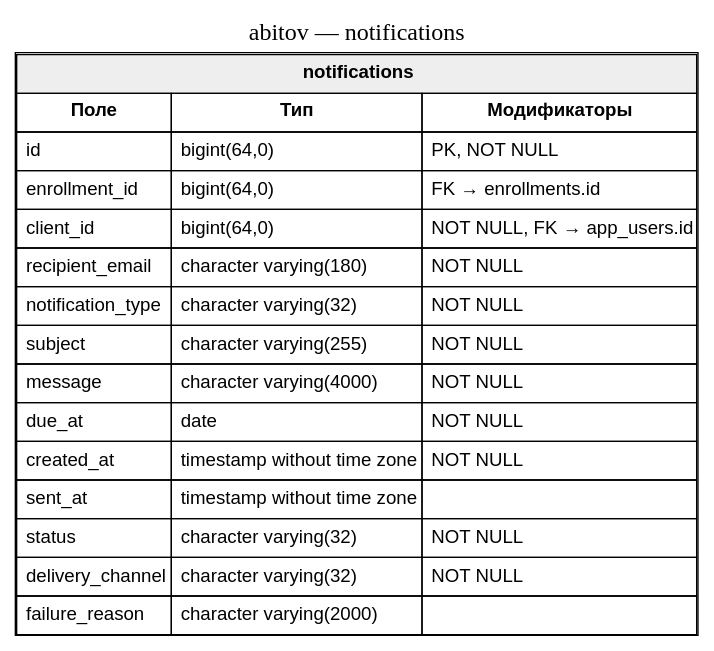
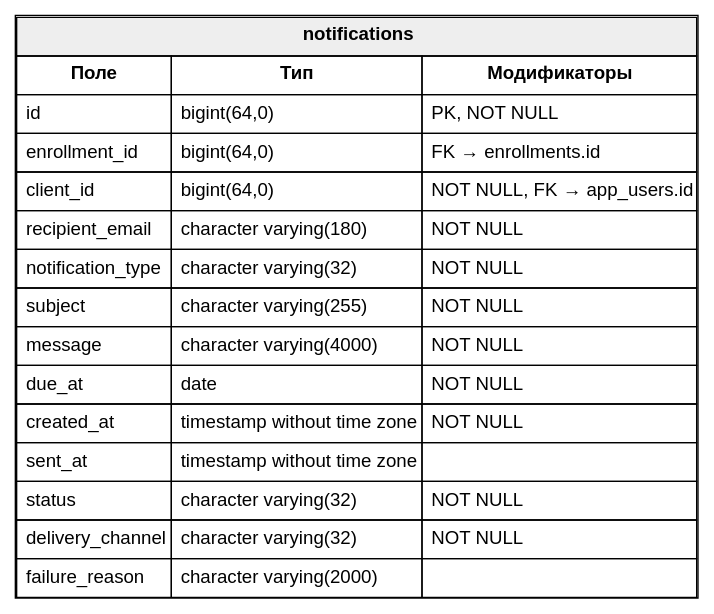
Before and after one commit to diplomas-2026/abitov: the diagram in database-screenshots/dot/tables/notifications.dot, drawn with Graphviz. The commit also changed 23 other files, not shown here.

Commit message:
Add database schema screenshots

```diff
--- a/database-screenshots/dot/tables/notifications.dot
+++ b/database-screenshots/dot/tables/notifications.dot
@@ -1,7 +1,5 @@
 digraph single_table {
   graph [rankdir=TB, fontsize=18];
   node [shape=plain, fontname="Arial"];
-  label="abitov — notifications";
-  labelloc=t;
   "notifications" [label=<<TABLE BORDER="1" CELLBORDER="1" CELLSPACING="0" CELLPADDING="6"><TR><TD BGCOLOR="#eeeeee" COLSPAN="3"><B>notifications</B></TD></TR><TR><TD><B>Поле</B></TD><TD><B>Тип</B></TD><TD><B>Модификаторы</B></TD></TR><TR><TD ALIGN="LEFT">id</TD><TD ALIGN="LEFT">bigint(64,0)</TD><TD ALIGN="LEFT">PK, NOT NULL</TD></TR><TR><TD ALIGN="LEFT">enrollment_id</TD><TD ALIGN="LEFT">bigint(64,0)</TD><TD ALIGN="LEFT">FK → enrollments.id</TD></TR><TR><TD ALIGN="LEFT">client_id</TD><TD ALIGN="LEFT">bigint(64,0)</TD><TD ALIGN="LEFT">NOT NULL, FK → app_users.id</TD></TR><TR><TD ALIGN="LEFT">recipient_email</TD><TD ALIGN="LEFT">character varying(180)</TD><TD ALIGN="LEFT">NOT NULL</TD></TR><TR><TD ALIGN="LEFT">notification_type</TD><TD ALIGN="LEFT">character varying(32)</TD><TD ALIGN="LEFT">NOT NULL</TD></TR><TR><TD ALIGN="LEFT">subject</TD><TD ALIGN="LEFT">character varying(255)</TD><TD ALIGN="LEFT">NOT NULL</TD></TR><TR><TD ALIGN="LEFT">message</TD><TD ALIGN="LEFT">character varying(4000)</TD><TD ALIGN="LEFT">NOT NULL</TD></TR><TR><TD ALIGN="LEFT">due_at</TD><TD ALIGN="LEFT">date</TD><TD ALIGN="LEFT">NOT NULL</TD></TR><TR><TD ALIGN="LEFT">created_at</TD><TD ALIGN="LEFT">timestamp without time zone</TD><TD ALIGN="LEFT">NOT NULL</TD></TR><TR><TD ALIGN="LEFT">sent_at</TD><TD ALIGN="LEFT">timestamp without time zone</TD><TD ALIGN="LEFT"></TD></TR><TR><TD ALIGN="LEFT">status</TD><TD ALIGN="LEFT">character varying(32)</TD><TD ALIGN="LEFT">NOT NULL</TD></TR><TR><TD ALIGN="LEFT">delivery_channel</TD><TD ALIGN="LEFT">character varying(32)</TD><TD ALIGN="LEFT">NOT NULL</TD></TR><TR><TD ALIGN="LEFT">failure_reason</TD><TD ALIGN="LEFT">character varying(2000)</TD><TD ALIGN="LEFT"></TD></TR></TABLE>>];
 }
```
